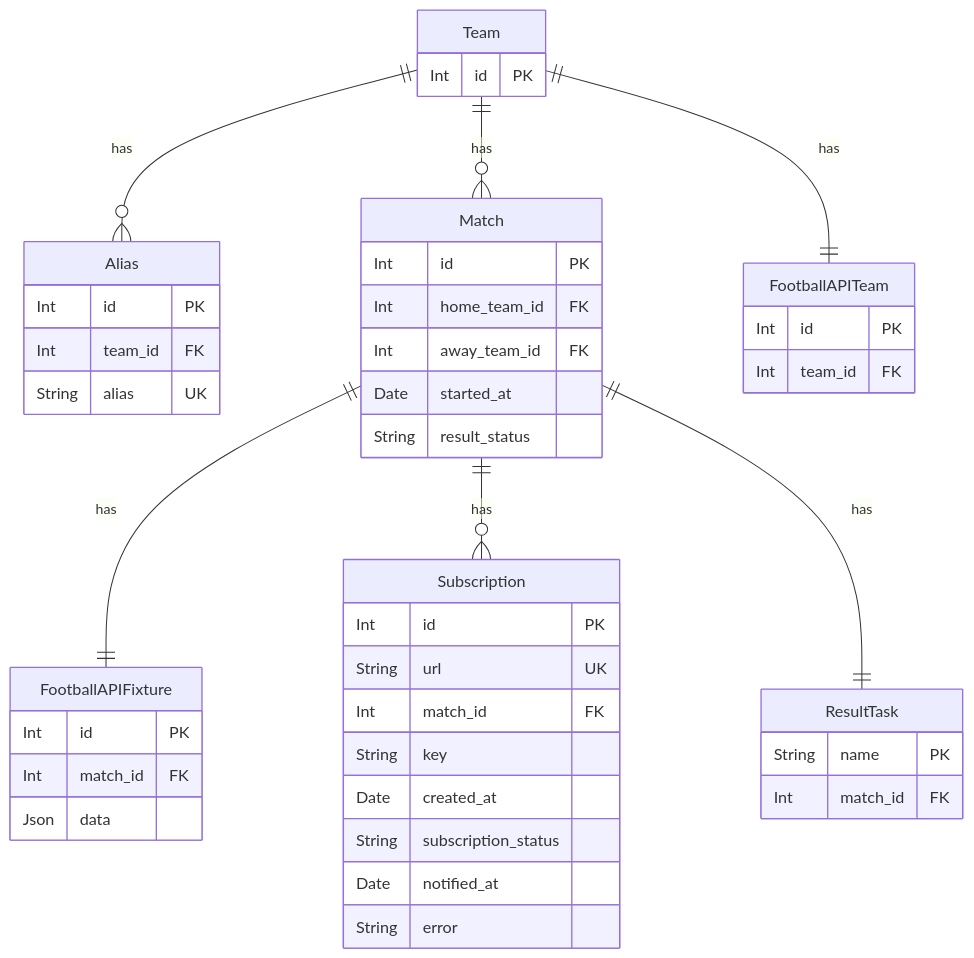
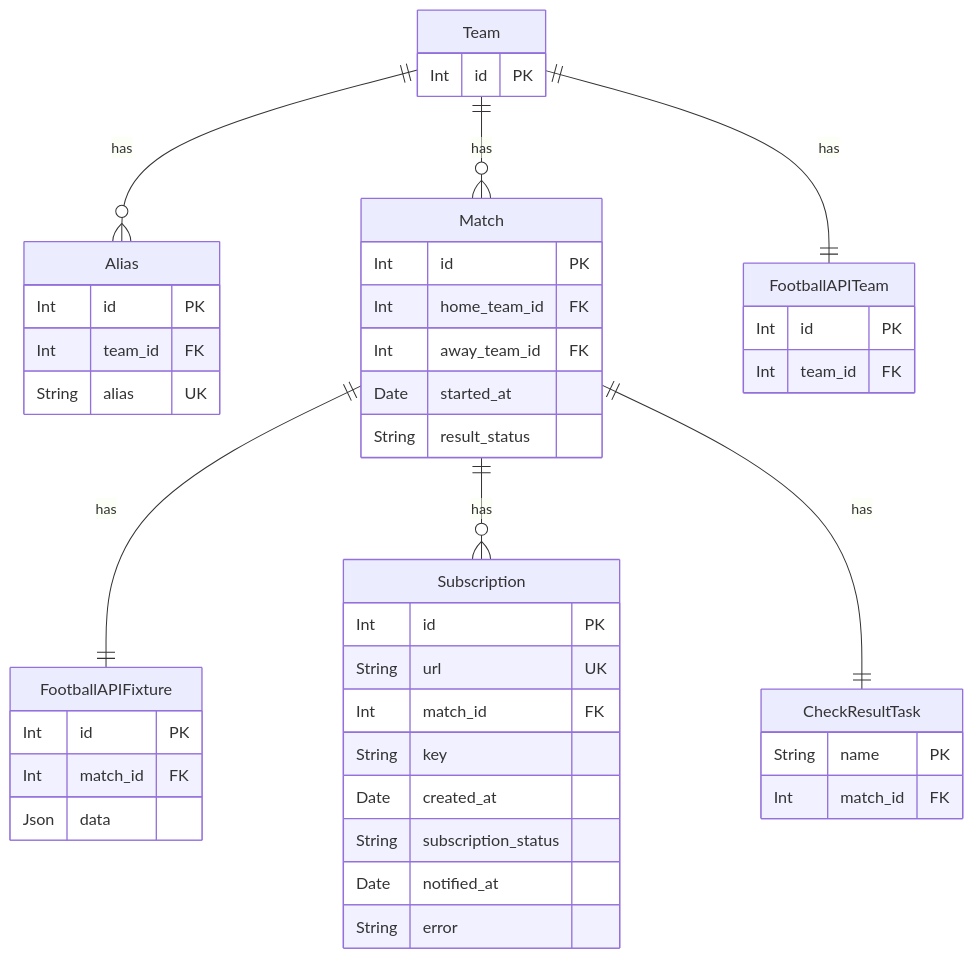
Before and after one commit to andrewshostak/result-service: the first of 7 diagrams in README.md, drawn with Mermaid. The commit also changed other lines of this file and 15 other files, not shown here.

Commit message:
Create task with a name, handle already exists task error, rename check-results db table, create check result repository, upd match service

````diff
--- a/README.md
+++ b/README.md
@@ -25,54 +25,54 @@
 ```mermaid
 erDiagram
     Team {
         Int id PK
     }
     
     Alias {
         Int id PK
         Int team_id FK
         String alias UK 
     }
     
     Match {
         Int id PK
         Int home_team_id FK
         Int away_team_id FK
         Date started_at
         String result_status
     }
     
     FootballAPIFixture {
         Int id PK
         Int match_id FK
         Json data
     }
     
     Subscription {
         Int id PK
         String url UK
         Int match_id FK
         String key
         Date created_at
         String subscription_status
         Date notified_at
         String error
     }
     
     FootballAPITeam {
         Int id PK
         Int team_id FK
     }
     
-    ResultTask {
+    CheckResultTask {
         String name PK
         Int match_id FK
     }
     
     Team ||--o{ Alias : has 
     Team ||--o{ Match : has
     Match ||--|| FootballAPIFixture : has
     Match ||--o{ Subscription : has
     Team ||--|| FootballAPITeam : has
-    Match ||--|| ResultTask : has
+    Match ||--|| CheckResultTask : has
 ```
````
